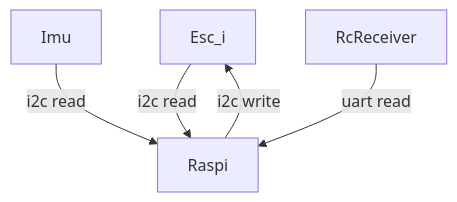
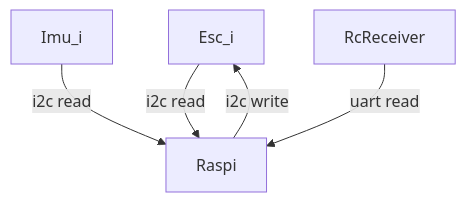
One commit to real-tintin/ugglan changed the second of 2 diagrams in doc/source/drone.rst. Above: the diagram before and after it, drawn with Mermaid. The commit also changed other lines of this file and 1 other file, not shown here.

```diff
--- a/doc/source/drone.rst
+++ b/doc/source/drone.rst
@@ -42,8 +90,8 @@
 .. mermaid::
     :caption: Overview of the hardware devices connected to the Pi Zero and their respective protocols.
 
     graph TD
         Esc_i -- i2c read --> Raspi
         Raspi -- i2c write --> Esc_i
-        Imu -- i2c read --> Raspi
+        Imu_i -- i2c read --> Raspi
         RcReceiver -- uart read --> Raspi
```
